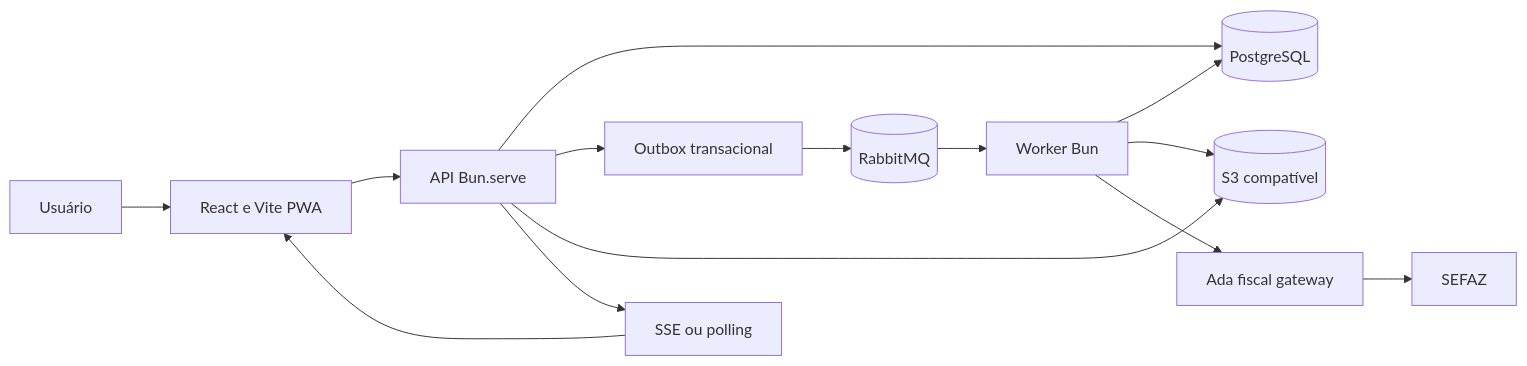
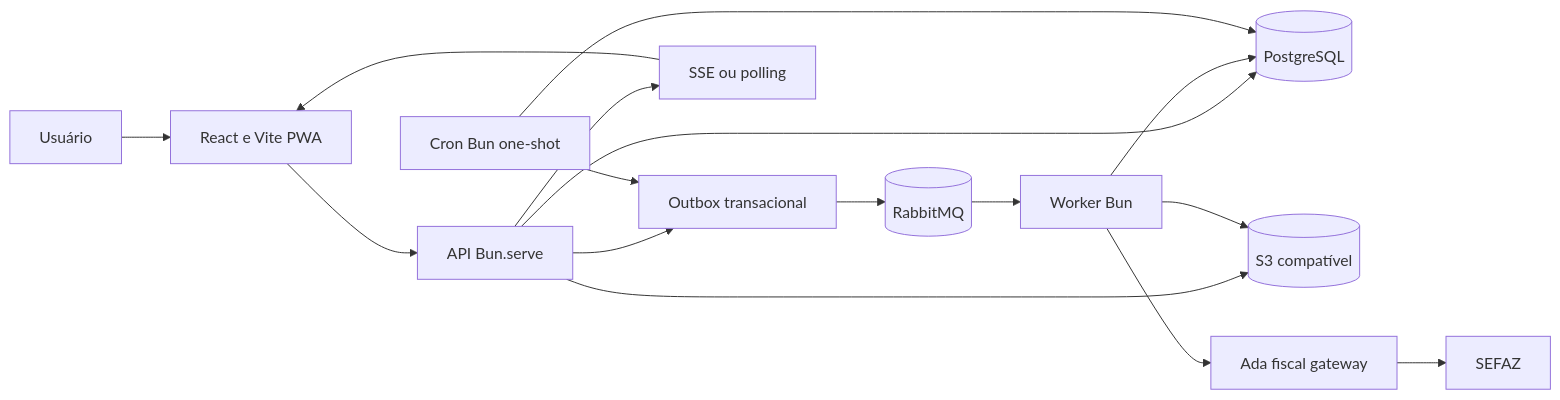
Before and after one commit to Andersonfrfilho/transportada: the diagram in docs/spec/architecture.md, drawn with Mermaid. The commit also changed other lines of this file and 627 other files, not shown here.

````diff
--- a/docs/spec/architecture.md
+++ b/docs/spec/architecture.md
@@ -10,16 +10,18 @@
 ```mermaid
 flowchart LR
   U[Usuário] --> W[React e Vite PWA]
   W --> A[API Bun.serve]
   A --> P[(PostgreSQL)]
   A --> O[Outbox transacional]
   O --> Q[(RabbitMQ)]
   Q --> K[Worker Bun]
   K --> P
+  C[Cron Bun one-shot] --> P
+  C --> O
   A --> S[(S3 compatível)]
   K --> S
   K --> F[Ada fiscal gateway]
   F --> X[SEFAZ]
   A --> E[SSE ou polling]
   E --> W
 ```
````
